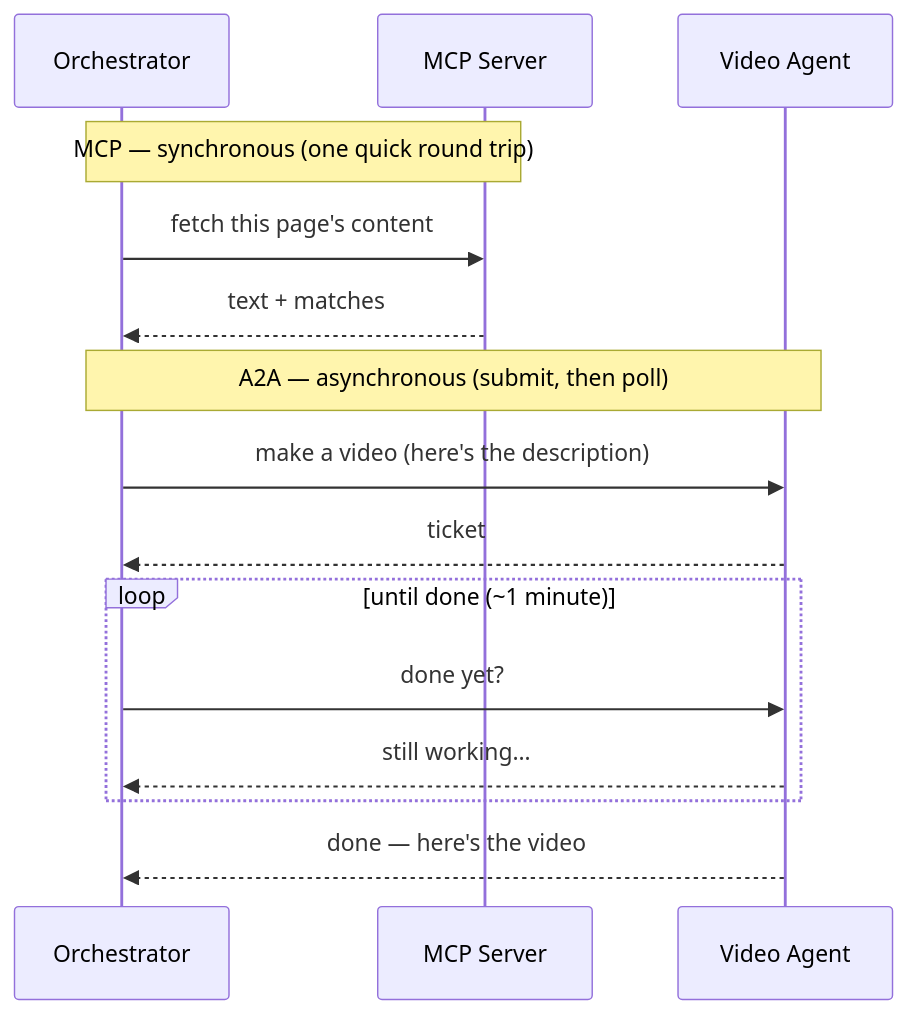
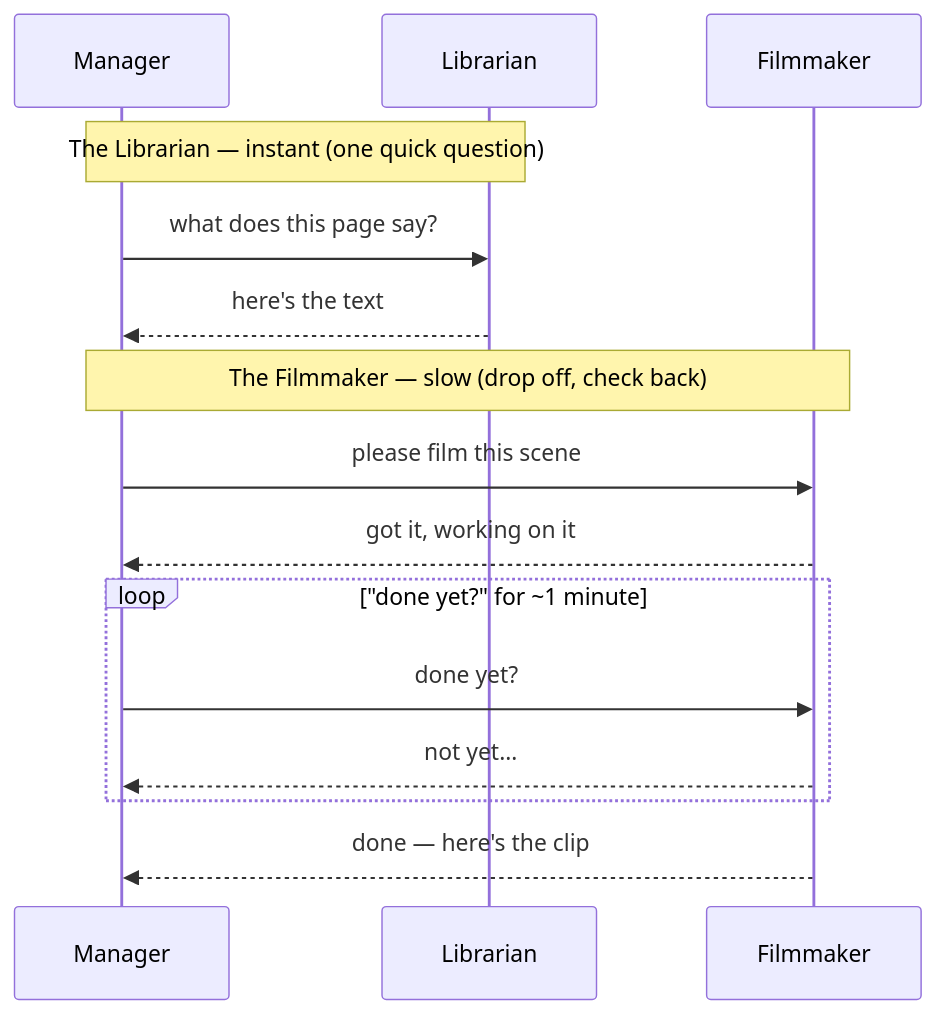
Before and after one commit to sfrancis2017/sajivfrancis.github.io: the second of 2 diagrams in src/content/blog/2026-06-15-ai-agent-video-pipeline.mdx, drawn with Mermaid. The commit also changed other lines of this file and 1 other file, not shown here.

First line of the commit message:
draft: rewrite write-up in plain English + add video support to Figure

````diff
--- a/src/content/blog/2026-06-15-ai-agent-video-pipeline.mdx
+++ b/src/content/blog/2026-06-15-ai-agent-video-pipeline.mdx
@@ -66,17 +68,17 @@
 ```mermaid
 sequenceDiagram
-    participant O as Orchestrator
-    participant M as MCP Server
-    participant V as Video Agent
-    Note over O,M: MCP — synchronous (one quick round trip)
-    O->>M: fetch this page's content
-    M-->>O: text + matches
-    Note over O,V: A2A — asynchronous (submit, then poll)
-    O->>V: make a video (here's the description)
-    V-->>O: ticket #, "accepted"
-    loop until done (~1 minute)
+    participant O as Manager
+    participant M as Librarian
+    participant V as Filmmaker
+    Note over O,M: The Librarian — instant (one quick question)
+    O->>M: what does this page say?
+    M-->>O: here's the text
+    Note over O,V: The Filmmaker — slow (drop off, check back)
+    O->>V: please film this scene
+    V-->>O: got it, working on it
+    loop "done yet?" for ~1 minute
         O->>V: done yet?
-        V-->>O: still working…
+        V-->>O: not yet…
     end
-    V-->>O: done — here's the video
+    V-->>O: done — here's the clip
 ```
````
